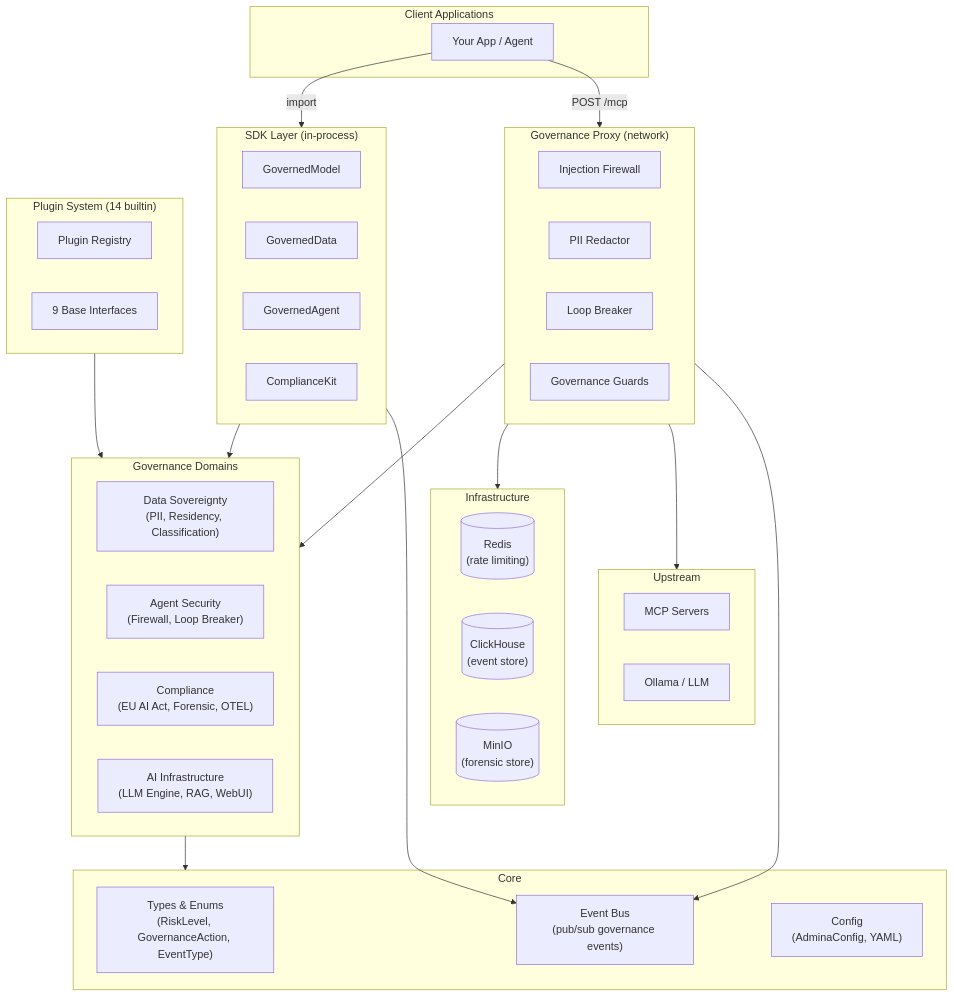
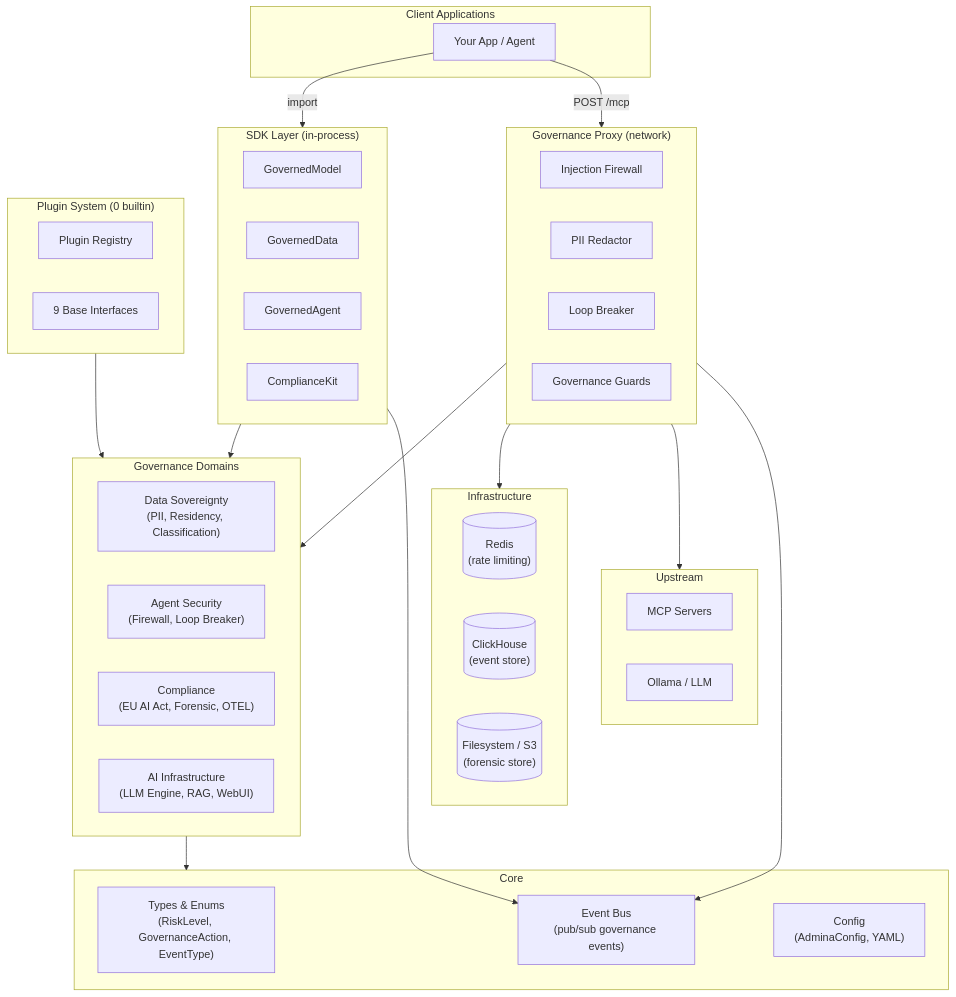
One commit to admina-org/admina changed the first of 4 diagrams in docs/guides/architecture.md. Above: the diagram before and after it, drawn with Mermaid. The commit also changed other lines of this file and 55 other files, not shown here.

````diff
--- a/docs/guides/architecture.md
+++ b/docs/guides/architecture.md
@@ -8,63 +8,63 @@
 ```mermaid
 graph TB
     subgraph Client["Client Applications"]
         APP["Your App / Agent"]
     end
 
     subgraph SDK["SDK Layer (in-process)"]
         GM["GovernedModel"]
         GD["GovernedData"]
         GA["GovernedAgent"]
         CK["ComplianceKit"]
     end
 
     subgraph Proxy["Governance Proxy (network)"]
         FW["Injection Firewall"]
         PII["PII Redactor"]
         LB["Loop Breaker"]
         GG["Governance Guards"]
     end
 
     subgraph Domains["Governance Domains"]
         DS["Data Sovereignty\n(PII, Residency, Classification)"]
         AS["Agent Security\n(Firewall, Loop Breaker)"]
         CO["Compliance\n(EU AI Act, Forensic, OTEL)"]
         AI["AI Infrastructure\n(LLM Engine, RAG, WebUI)"]
     end
 
     subgraph Core["Core"]
         TY["Types & Enums\n(RiskLevel, GovernanceAction, EventType)"]
         EB["Event Bus\n(pub/sub governance events)"]
         CF["Config\n(AdminaConfig, YAML)"]
     end
 
-    subgraph Plugins["Plugin System (14 builtin)"]
+    subgraph Plugins["Plugin System (0 builtin)"]
         PR["Plugin Registry"]
         BA["9 Base Interfaces"]
     end
 
     subgraph Storage["Infrastructure"]
         RE[("Redis\n(rate limiting)")]
         CH[("ClickHouse\n(event store)")]
-        MI[("MinIO\n(forensic store)")]
+        FS[("Filesystem / S3\n(forensic store)")]
     end
 
     subgraph Upstream["Upstream"]
         MCP["MCP Servers"]
         OL["Ollama / LLM"]
     end
 
     APP -->|"import"| SDK
     APP -->|"POST /mcp"| Proxy
 
     SDK --> Domains
     Proxy --> Domains
     Proxy --> Storage
 
     Domains --> Core
     Plugins --> Domains
     Proxy --> Upstream
 
     SDK --> EB
     Proxy --> EB
 ```
````
